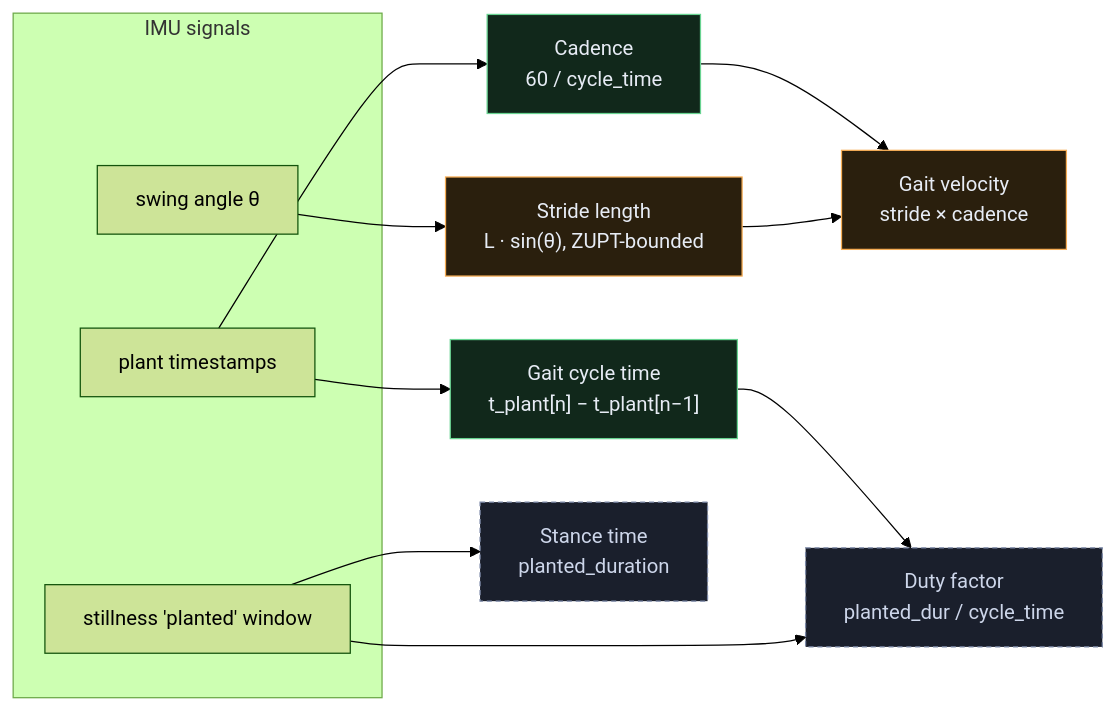
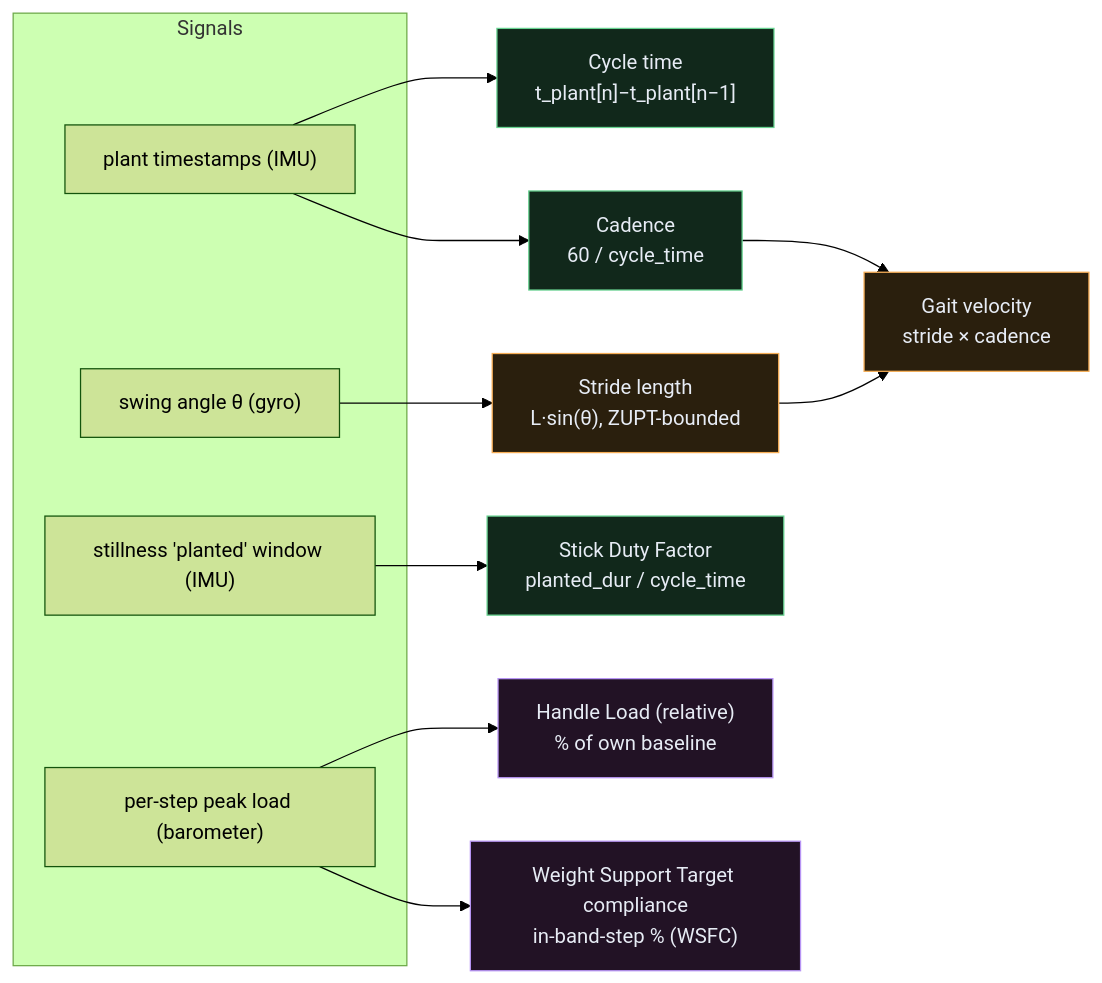
The third of 4 diagrams in docs/architecture.md (ovenmakemeheat/moonwalk-sw), drawn with Mermaid (forest theme) before and after one commit. The commit also changed other lines of this file and 8 other files, not shown here.

First line of the commit message:
Add WSFC processing decisions, metrics spec, and ML roadmap

````diff
--- a/docs/architecture.md
+++ b/docs/architecture.md
@@ -83,21 +121,22 @@
 ```mermaid
 flowchart LR
-    subgraph SIG["IMU signals"]
-        PT["plant timestamps"]
-        TH["swing angle θ"]
-        ST["stillness 'planted' window"]
+    subgraph SIG["Signals"]
+        PT["plant timestamps (IMU)"]
+        TH["swing angle θ (gyro)"]
+        ST["stillness 'planted' window (IMU)"]
+        LD["per-step peak load (barometer)"]
     end
 
-    PT --> CT["Gait cycle time<br/>t_plant[n] − t_plant[n−1]"]:::t1
+    PT --> CT["Cycle time<br/>t_plant[n]−t_plant[n−1]"]:::t1
     PT --> CAD["Cadence<br/>60 / cycle_time"]:::t1
-    TH --> STR["Stride length<br/>L · sin(θ), ZUPT-bounded"]:::t2
+    TH --> STR["Stride length<br/>L·sin(θ), ZUPT-bounded"]:::t2
     STR --> VEL["Gait velocity<br/>stride × cadence"]:::t2
     CAD --> VEL
-    ST --> DF["Duty factor<br/>planted_dur / cycle_time"]:::t3
-    ST --> STN["Stance time<br/>planted_duration"]:::t3
-    CT --> DF
+    ST --> DF["Stick Duty Factor<br/>planted_dur / cycle_time"]:::t1
+    LD --> HL["Handle Load (relative)<br/>% of own baseline"]:::t3
+    LD --> WST["Weight Support Target compliance<br/>in-band-step % (WSFC)"]:::t3
 
     classDef t1 fill:#11281b,stroke:#68d391,color:#e7ecf5;
     classDef t2 fill:#2a1f0d,stroke:#f6ad55,color:#e7ecf5;
-    classDef t3 fill:#1a1f2c,stroke:#7c89a8,stroke-dasharray:4 3,color:#cdd6ea;
+    classDef t3 fill:#221225,stroke:#b794f4,color:#e7ecf5;
 ```
````
